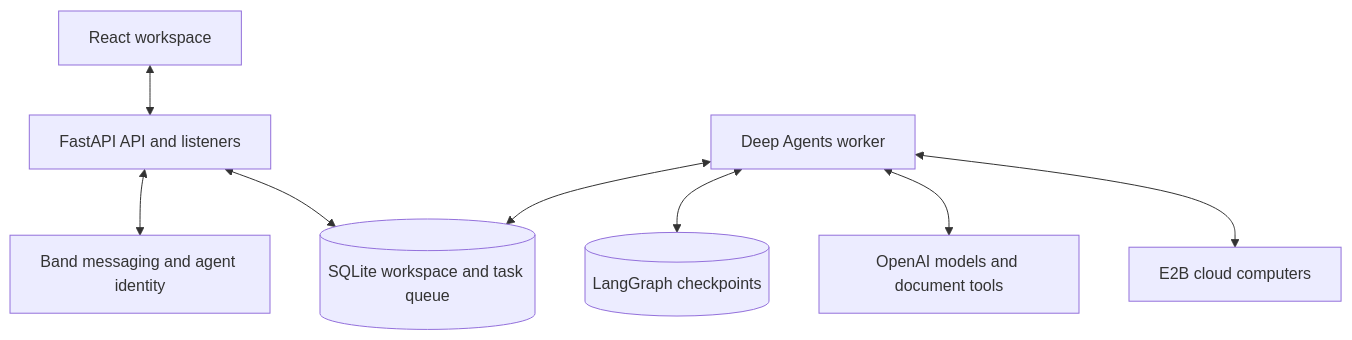
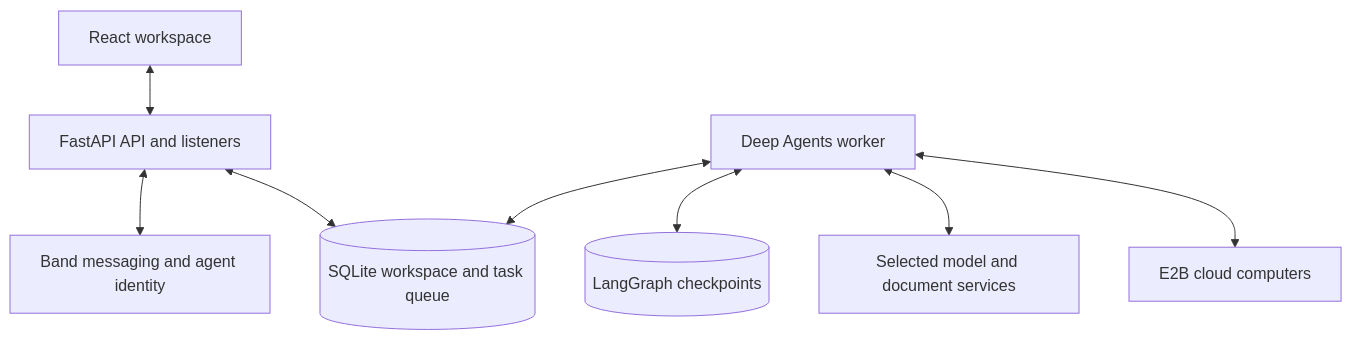
Before and after one commit to pramodthe/BandBot: the diagram in README.md, drawn with Mermaid. The commit also changed other lines of this file and 91 other files, not shown here.

````diff
--- a/README.md
+++ b/README.md
@@ -133,10 +134,10 @@
 ```mermaid
 flowchart TB
     UI[React workspace] <--> API[FastAPI API and listeners]
     API <--> Band[Band messaging and agent identity]
     API <--> State[(SQLite workspace and task queue)]
     Worker[Deep Agents worker] <--> State
     Worker <--> Checkpoints[(LangGraph checkpoints)]
-    Worker <--> OpenAI[OpenAI models and document tools]
+    Worker <--> OpenAI[Selected model and document services]
     Worker <--> E2B[E2B cloud computers]
 ```
````
